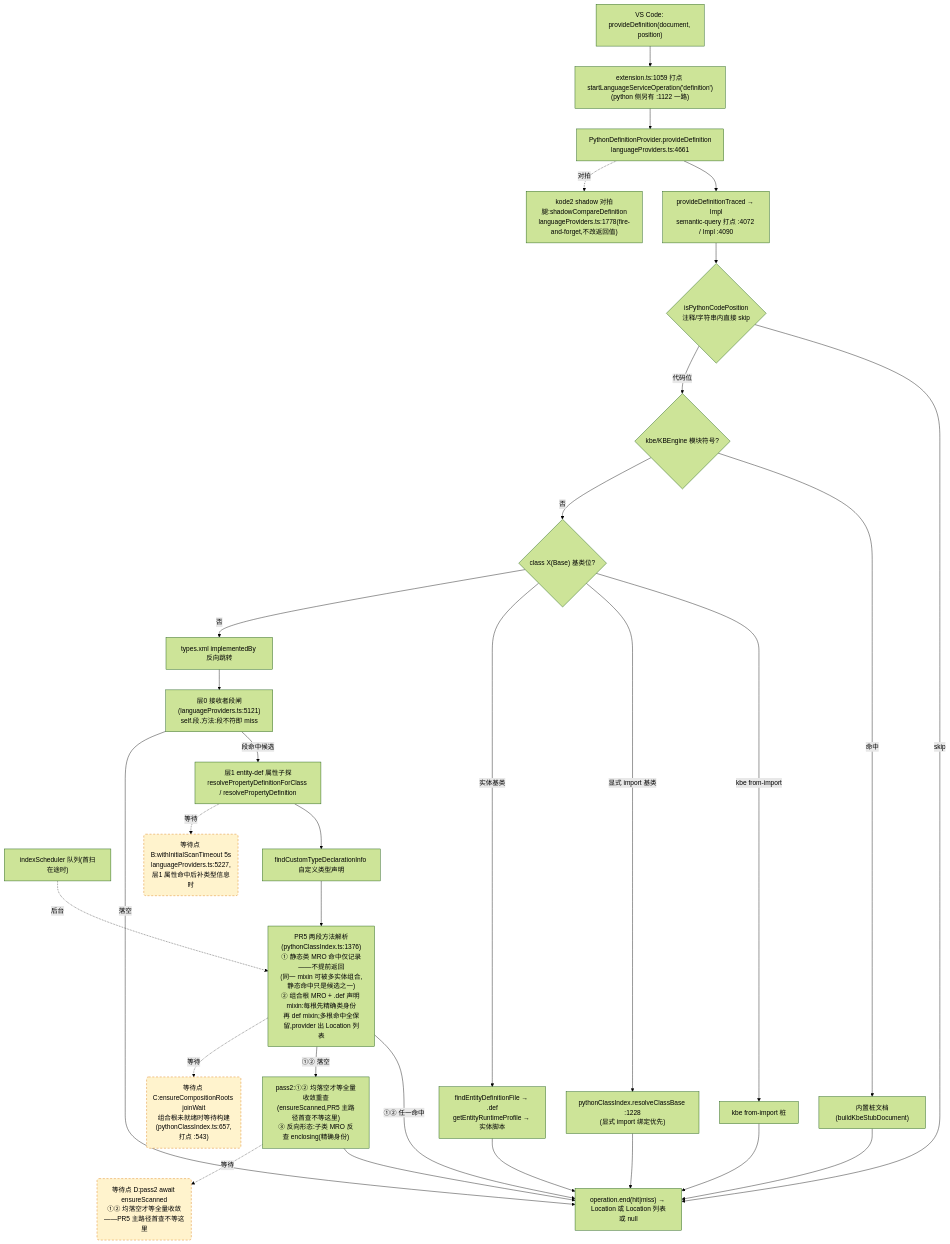
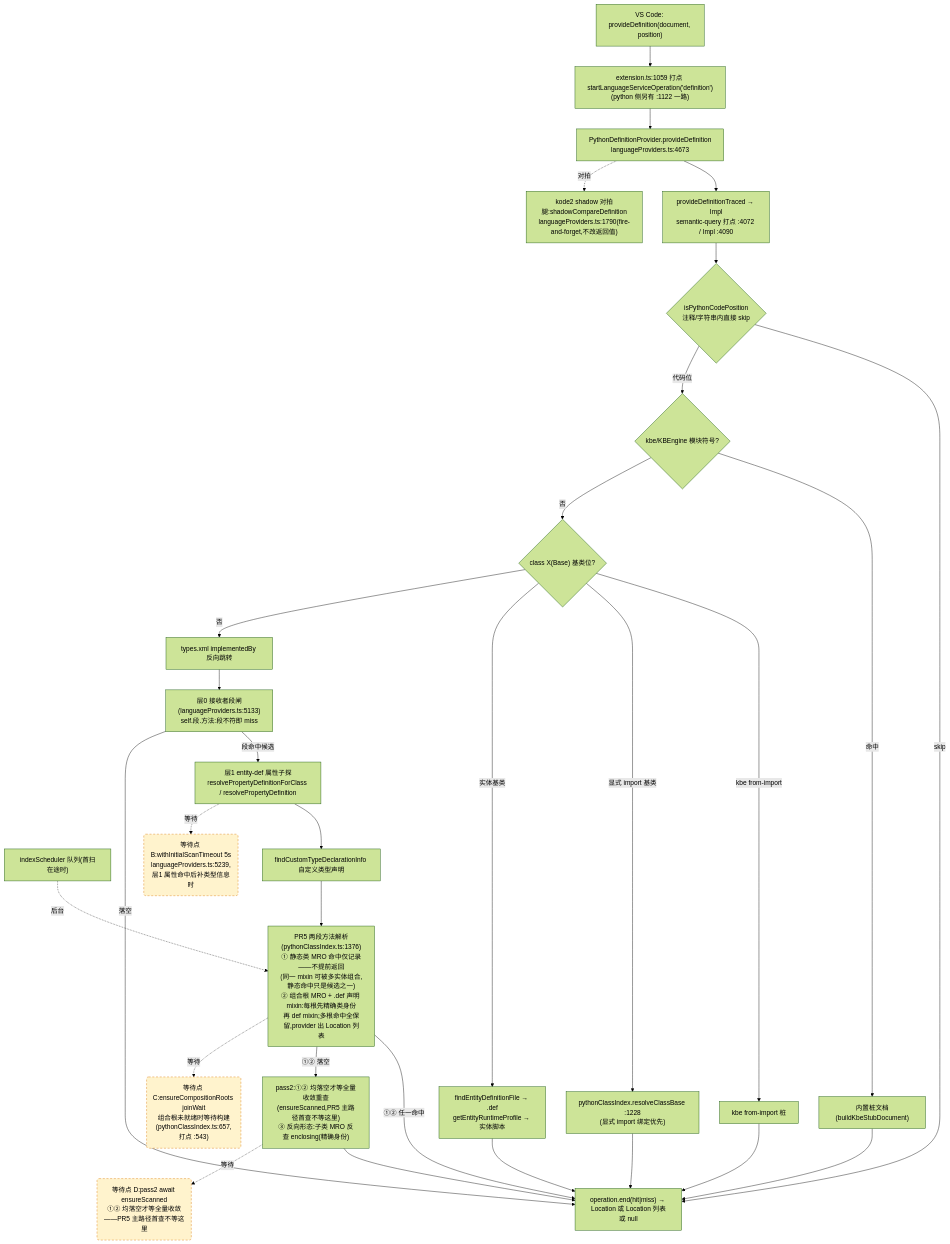
Before and after one commit to cuihairu/kode: the second of 4 diagrams in docs/perf/2026-baseline.md, drawn with Mermaid (forest theme). The commit also changed other lines of this file and 5 other files, not shown here.

````diff
--- a/docs/perf/2026-baseline.md
+++ b/docs/perf/2026-baseline.md
@@ -130,51 +130,51 @@
 ```mermaid
 flowchart TD
   VC2["VS Code: provideDefinition(document, position)"]
   M2["extension.ts:1059 打点 startLanguageServiceOperation('definition')<br/>(python 侧另有 :1122 一路)"]
-  AD2["PythonDefinitionProvider.provideDefinition<br/>languageProviders.ts:4661"]
+  AD2["PythonDefinitionProvider.provideDefinition<br/>languageProviders.ts:4673"]
   TR["provideDefinitionTraced → Impl<br/>semantic-query 打点 :4072 / Impl :4090"]
   CTX{"isPythonCodePosition<br/>注释/字符串内直接 skip"}
   KBE{"kbe/KBEngine 模块符号?"}
   STUB["内置桩文档(buildKbeStubDocument)"]
   CB{"class X(Base) 基类位?"}
   CB1["kbe from-import 桩"]
   CB2["pythonClassIndex.resolveClassBase :1228<br/>(显式 import 绑定优先)"]
   CB3["findEntityDefinitionFile → .def<br/>getEntityRuntimeProfile → 实体脚本"]
   REV["types.xml implementedBy 反向跳转"]
-  L0["层0 接收者段闸(languageProviders.ts:5121)<br/>self.段.方法:段不符即 miss"]
+  L0["层0 接收者段闸(languageProviders.ts:5133)<br/>self.段.方法:段不符即 miss"]
   L1["层1 entity-def 属性子探<br/>resolvePropertyDefinitionForClass / resolvePropertyDefinition"]
   SCAN["indexScheduler 队列(首扫在途时)"]
   TY["findCustomTypeDeclarationInfo 自定义类型声明"]
   MRO["PR5 两段方法解析(pythonClassIndex.ts:1376)<br/>① 静态类 MRO 命中仅记录——不提前返回<br/>(同一 mixin 可被多实体组合,静态命中只是候选之一)<br/>② 组合根 MRO + .def 声明 mixin:每根先精确类身份<br/>再 def mixin;多根命中全保留,provider 出 Location 列表"]
   PASS2["pass2:①② 均落空才等全量收敛重查<br/>(ensureScanned,PR5 主路径首查不等这里)<br/>③ 反向形态:子类 MRO 反查 enclosing(精确身份)"]
-  SHD["kode2 shadow 对拍腿:shadowCompareDefinition<br/>languageProviders.ts:1778(fire-and-forget,不改返回值)"]
+  SHD["kode2 shadow 对拍腿:shadowCompareDefinition<br/>languageProviders.ts:1790(fire-and-forget,不改返回值)"]
   END2["operation.end(hit|miss) → Location 或 Location 列表或 null"]
 
   VC2 --> M2 --> AD2 --> TR --> CTX
   CTX -- "skip" --> END2
   CTX -- "代码位" --> KBE
   KBE -- "命中" --> STUB --> END2
   KBE -- "否" --> CB
   CB -- "kbe from-import" --> CB1 --> END2
   CB -- "显式 import 基类" --> CB2 --> END2
   CB -- "实体基类" --> CB3 --> END2
   CB -- "否" --> REV --> L0
   L0 -- "段命中候选" --> L1
   L0 -- "落空" --> END2
   L1 --> TY
   TY --> MRO
   MRO -- "①② 任一命中" --> END2
   MRO -- "①② 落空" --> PASS2 --> END2
   AD2 -.->|对拍| SHD
 
-  WAITB("等待点 B:withInitialScanTimeout 5s<br/>languageProviders.ts:5227,层1 属性命中后补类型信息时")
+  WAITB("等待点 B:withInitialScanTimeout 5s<br/>languageProviders.ts:5239,层1 属性命中后补类型信息时")
   WAITC("等待点 C:ensureCompositionRoots joinWait<br/>组合根未就绪时等待构建(pythonClassIndex.ts:657,打点 :543)")
   WAITD("等待点 D:pass2 await ensureScanned<br/>①② 均落空才等全量收敛——PR5 主路径首查不等这里")
   L1 -.->|等待| WAITB
   MRO -.->|等待| WAITC
   PASS2 -.->|等待| WAITD
   SCAN -.->|后台| MRO
 
   classDef waitPoint fill:#fff3cd,stroke:#d97706,stroke-dasharray:5 4;
   class WAITB,WAITC,WAITD waitPoint;
 ```
````
